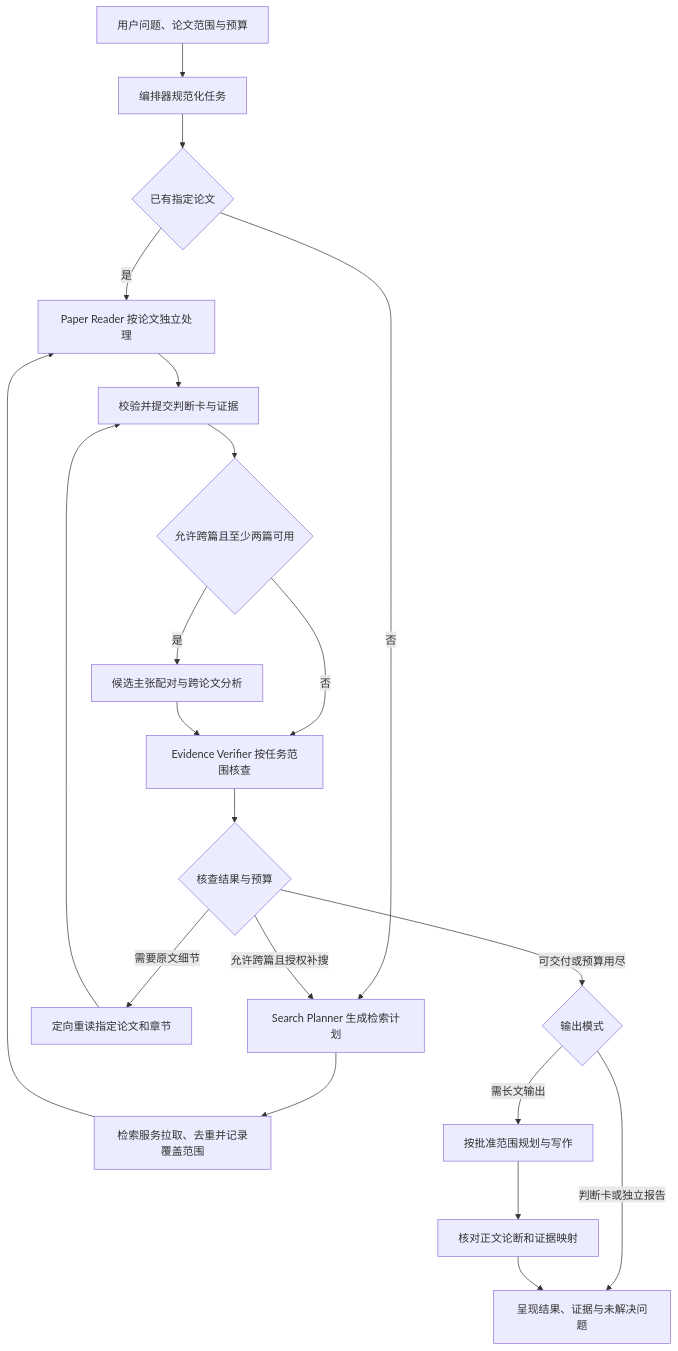
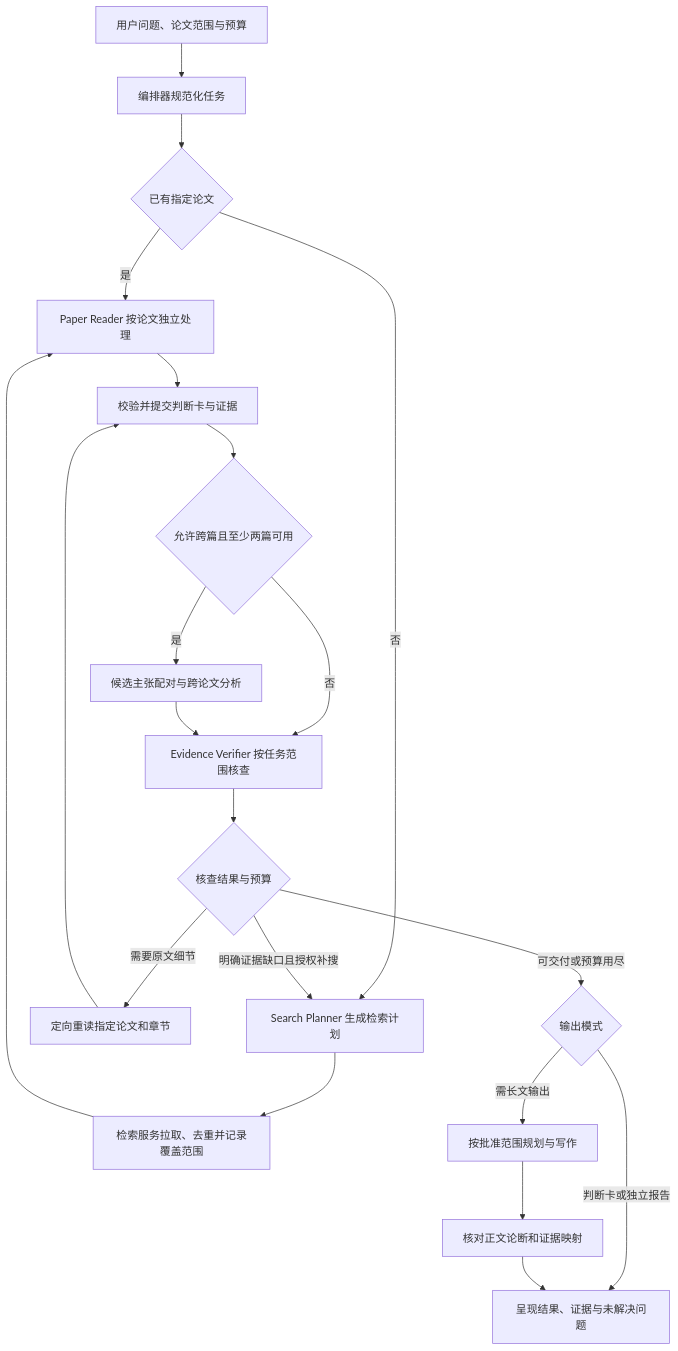
The diagram in docs/multi-agent-architecture.md (XiaoHeng999/Paper-Agent), drawn with Mermaid before and after one commit. The commit also changed other lines of this file and 20 other files, not shown here.

````diff
--- a/docs/multi-agent-architecture.md
+++ b/docs/multi-agent-architecture.md
@@ -89,23 +89,23 @@
 ```mermaid
 flowchart TD
     U[用户问题、论文范围与预算] --> T[编排器规范化任务]
     T --> I{已有指定论文}
     I -->|是| R[Paper Reader 按论文独立处理]
     I -->|否| S[Search Planner 生成检索计划]
     S --> F[检索服务拉取、去重并记录覆盖范围]
     F --> R
     R --> K[校验并提交判断卡与证据]
     K --> M{允许跨篇且至少两篇可用}
     M -->|否| V[Evidence Verifier 按任务范围核查]
     M -->|是| A[候选主张配对与跨论文分析]
     A --> V
     V --> D{核查结果与预算}
     D -->|需要原文细节| R2[定向重读指定论文和章节]
     R2 --> K
-    D -->|允许跨篇且授权补搜| S
+    D -->|明确证据缺口且授权补搜| S
     D -->|可交付或预算用尽| O{输出模式}
     O -->|判断卡或独立报告| P[呈现结果、证据与未解决问题]
     O -->|需长文输出| W[按批准范围规划与写作]
     W --> C[核对正文论断和证据映射]
     C --> P
 ```
````
